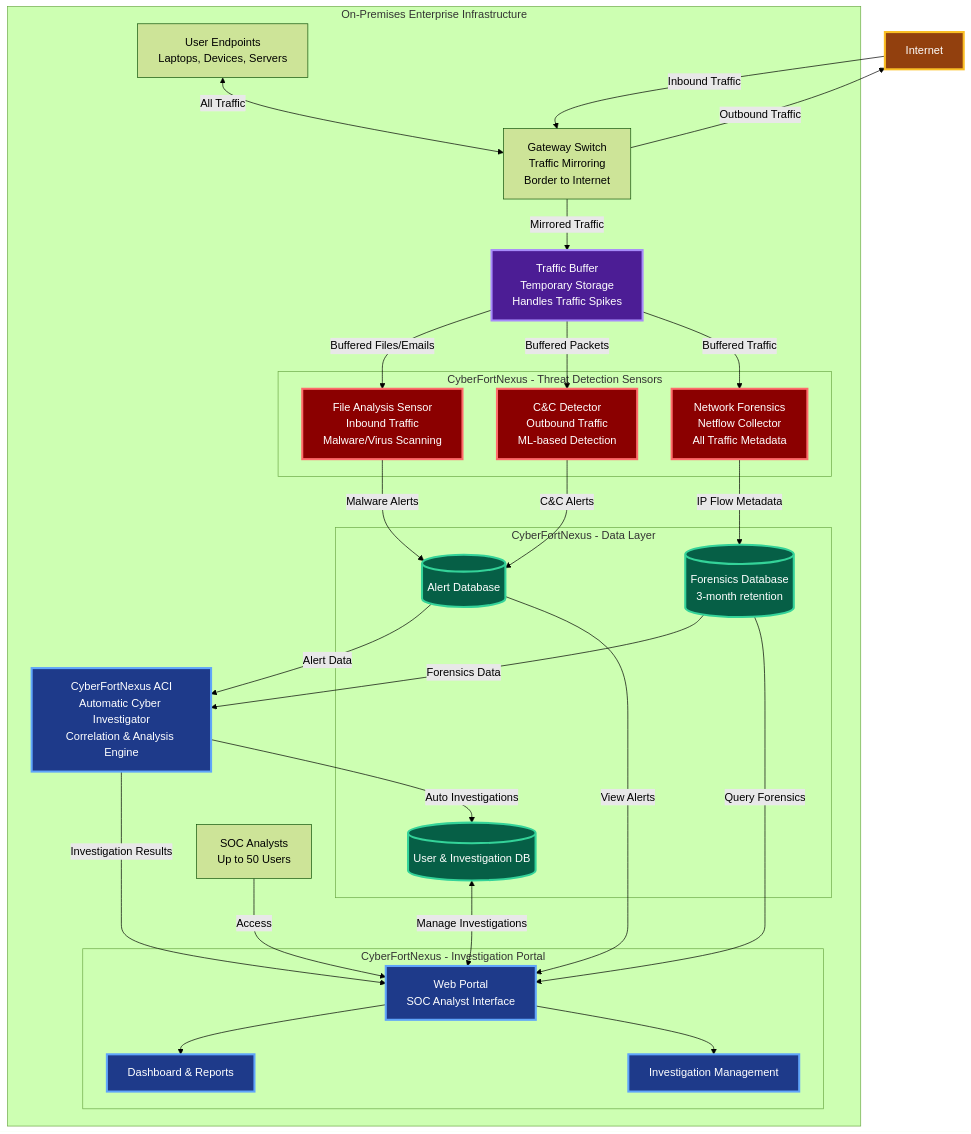
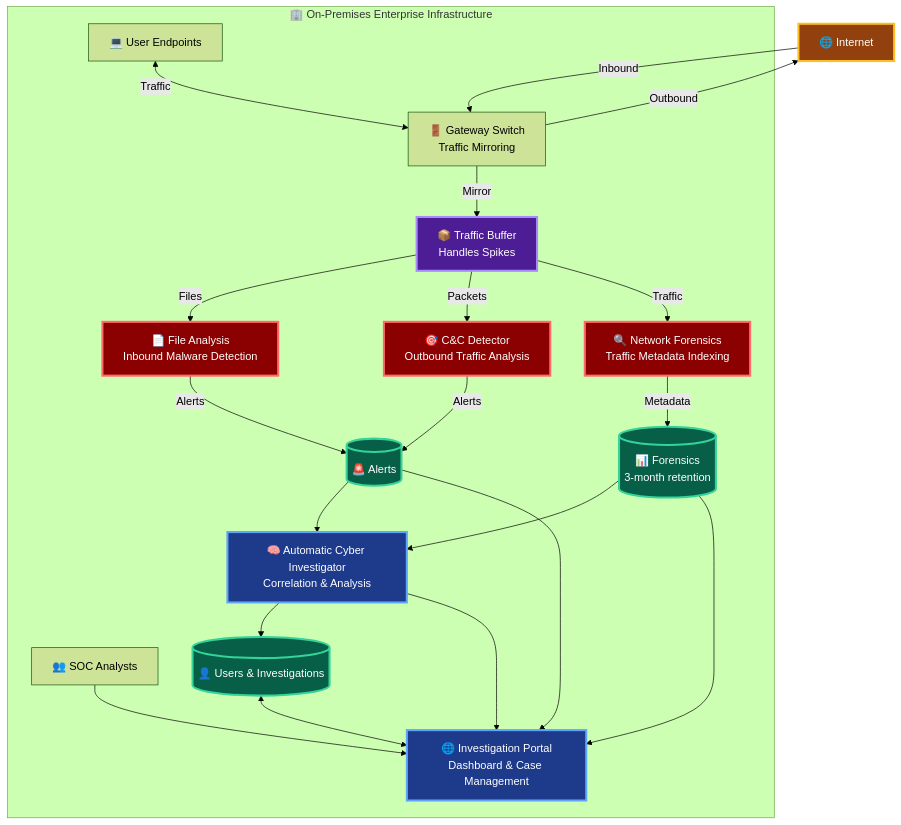
Before and after one commit to prakalovic/GlobalDevExpertsProject: the diagram in docs/milestones/MS1-preliminary-solution.md, drawn with Mermaid (forest theme). The commit also changed other lines of this file, not shown here.

Commit message:
Refine Milestone 1 preliminary solution diagram with updated component descriptions and enhanced visual elements

````diff
--- a/docs/milestones/MS1-preliminary-solution.md
+++ b/docs/milestones/MS1-preliminary-solution.md
@@ -9,80 +9,69 @@
 ```mermaid
 graph TB
-    Internet[Internet]
+    Internet[🌐 Internet]
 
-    subgraph "On-Premises Enterprise Infrastructure"
-        Endpoints[User Endpoints<br/>Laptops, Devices, Servers]
-        SOC[SOC Analysts<br/>Up to 50 Users]
+    subgraph "🏢 On-Premises Enterprise Infrastructure"
+        Endpoints[💻 User Endpoints]
+        SOC[👥 SOC Analysts]
 
-        GW[Gateway Switch<br/>Traffic Mirroring<br/>Border to Internet]
+        GW[🚪 Gateway Switch<br/>Traffic Mirroring]
 
-        Buffer[Traffic Buffer<br/>Temporary Storage<br/>Handles Traffic Spikes]
+        Buffer[📦 Traffic Buffer<br/>Handles Spikes]
 
-        subgraph "CyberFortNexus - Threat Detection Sensors"
-            FA[File Analysis Sensor<br/>Inbound Traffic<br/>Malware/Virus Scanning]
-            CC[C&C Detector<br/>Outbound Traffic<br/>ML-based Detection]
-            NF[Network Forensics<br/>Netflow Collector<br/>All Traffic Metadata]
-        end
+        FA[📄 File Analysis<br/>Inbound Malware Detection]
+        CC[🎯 C&C Detector<br/>Outbound Traffic Analysis]
+        NF[🔍 Network Forensics<br/>Traffic Metadata Indexing]
 
-        subgraph "CyberFortNexus - Data Layer"
-            AlertDB[(Alert Database)]
-            ForensicsDB[(Forensics Database<br/>3-month retention)]
-            UserDB[(User & Investigation DB)]
-        end
+        AlertDB[(🚨 Alerts)]
+        ForensicsDB[(📊 Forensics<br/>3-month retention)]
+        UserDB[(👤 Users & Investigations)]
 
-        ACI[CyberFortNexus ACI<br/>Automatic Cyber Investigator<br/>Correlation & Analysis Engine]
+        ACI[🧠 Automatic Cyber Investigator<br/>Correlation & Analysis]
 
-        subgraph "CyberFortNexus - Investigation Portal"
-            Portal[Web Portal<br/>SOC Analyst Interface]
-            Dashboard[Dashboard & Reports]
-            InvMgmt[Investigation Management]
-        end
+        Portal[🌐 Investigation Portal<br/>Dashboard & Case Management]
     end
 
     %% Traffic flows
-    Internet -->|Inbound Traffic| GW
-    GW -->|Outbound Traffic| Internet
-    Endpoints <-->|All Traffic| GW
+    Internet -->|Inbound| GW
+    GW -->|Outbound| Internet
+    Endpoints <-->|Traffic| GW
 
     %% Gateway to buffer
-    GW -->|Mirrored Traffic| Buffer
+    GW -->|Mirror| Buffer
 
     %% Buffer to sensors
-    Buffer -->|Buffered Files/Emails| FA
-    Buffer -->|Buffered Packets| CC
-    Buffer -->|Buffered Traffic| NF
+    Buffer -->|Files| FA
+    Buffer -->|Packets| CC
+    Buffer -->|Traffic| NF
 
     %% Sensor to databases
-    FA -->|Malware Alerts| AlertDB
-    CC -->|C&C Alerts| AlertDB
-    NF -->|IP Flow Metadata| ForensicsDB
+    FA -->|Alerts| AlertDB
+    CC -->|Alerts| AlertDB
+    NF -->|Metadata| ForensicsDB
 
     %% ACI connections
-    AlertDB -->|Alert Data| ACI
-    ForensicsDB -->|Forensics Data| ACI
-    ACI -->|Auto Investigations| UserDB
+    AlertDB --> ACI
+    ForensicsDB --> ACI
+    ACI --> UserDB
 
     %% Portal connections
-    AlertDB -->|View Alerts| Portal
-    ForensicsDB -->|Query Forensics| Portal
-    UserDB <-->|Manage Investigations| Portal
-    ACI -->|Investigation Results| Portal
-    Portal --> Dashboard
-    Portal --> InvMgmt
+    AlertDB --> Portal
+    ForensicsDB --> Portal
+    UserDB <--> Portal
+    ACI --> Portal
 
     %% User access
-    SOC -->|Access| Portal
+    SOC --> Portal
 
     classDef sensor fill:#8B0000,stroke:#FF6B6B,stroke-width:3px,color:#fff
     classDef core fill:#1E3A8A,stroke:#60A5FA,stroke-width:3px,color:#fff
     classDef data fill:#065F46,stroke:#34D399,stroke-width:3px,color:#fff
     classDef external fill:#92400E,stroke:#FBBF24,stroke-width:3px,color:#fff
     classDef buffer fill:#4C1D95,stroke:#A78BFA,stroke-width:3px,color:#fff
-    classDef onprem fill:#1F2937,stroke:#9CA3AF,stroke-width:2px,stroke-dasharray: 5 5
 
     class FA,CC,NF sensor
-    class ACI,Portal,Dashboard,InvMgmt core
+    class ACI,Portal core
     class AlertDB,ForensicsDB,UserDB data
     class Internet external
     class Buffer buffer
 ```
````
